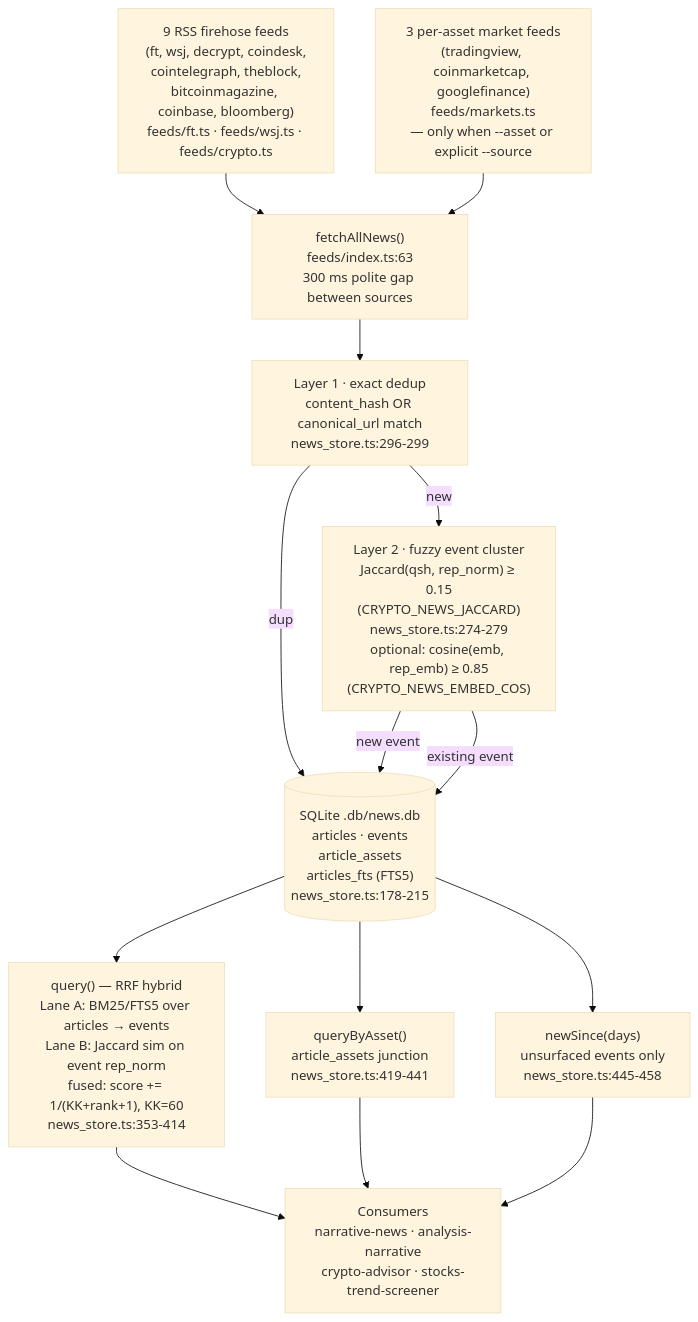
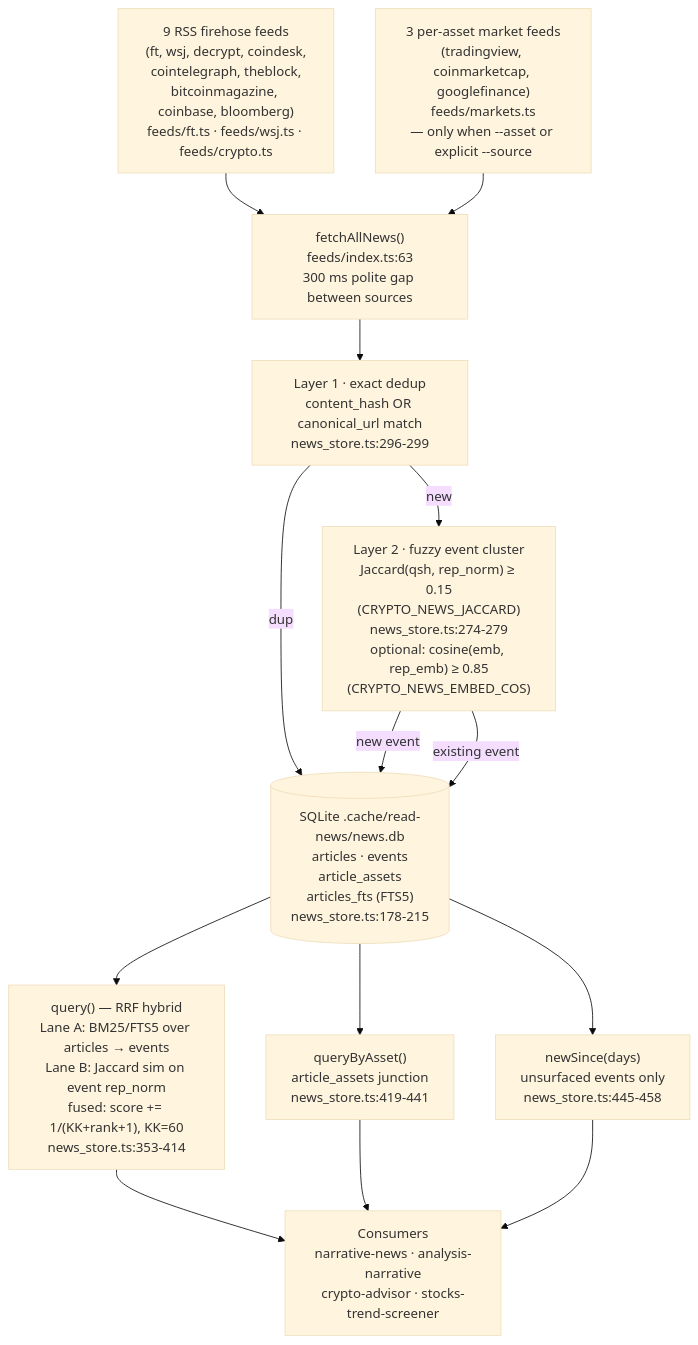
One commit to dzianisv/backtest changed the diagram in .agents/skills/read-news/README.md. Above: the diagram before and after it, drawn with Mermaid (base theme). The commit also changed other lines of this file and 46 other files, not shown here.

````diff
--- a/.agents/skills/read-news/README.md
+++ b/.agents/skills/read-news/README.md
@@ -7,58 +7,58 @@
 ```mermaid
 flowchart TD
     F9["9 RSS firehose feeds
 (ft, wsj, decrypt, coindesk,
 cointelegraph, theblock,
 bitcoinmagazine, coinbase, bloomberg)
 feeds/ft.ts · feeds/wsj.ts · feeds/crypto.ts"]
     F3["3 per-asset market feeds
 (tradingview, coinmarketcap, googlefinance)
 feeds/markets.ts
 — only when --asset or explicit --source"]
 
     FETCH["fetchAllNews()
 feeds/index.ts:63
 300 ms polite gap between sources"]
 
     L1["Layer 1 · exact dedup
 content_hash OR canonical_url match
 news_store.ts:296-299"]
     L2["Layer 2 · fuzzy event cluster
 Jaccard(qsh, rep_norm) ≥ 0.15
 (CRYPTO_NEWS_JACCARD)
 news_store.ts:274-279
 optional: cosine(emb, rep_emb) ≥ 0.85
 (CRYPTO_NEWS_EMBED_COS)"]
 
-    DB[("SQLite .db/news.db
+    DB[("SQLite .cache/read-news/news.db
 articles · events
 article_assets
 articles_fts (FTS5)
 news_store.ts:178-215")]
 
     QA["query() — RRF hybrid
 Lane A: BM25/FTS5 over articles → events
 Lane B: Jaccard sim on event rep_norm
 fused: score += 1/(KK+rank+1), KK=60
 news_store.ts:353-414"]
     QB["queryByAsset()
 article_assets junction
 news_store.ts:419-441"]
     QC["newSince(days)
 unsurfaced events only
 news_store.ts:445-458"]
 
     CONSUMERS["Consumers
 narrative-news · analysis-narrative
 crypto-advisor · stocks-trend-screener"]
 
     F9 --> FETCH
     F3 --> FETCH
     FETCH --> L1
     L1 -->|new| L2
     L1 -->|dup| DB
     L2 -->|new event| DB
     L2 -->|existing event| DB
     DB --> QA & QB & QC
     QA & QB & QC --> CONSUMERS
 ```
````
